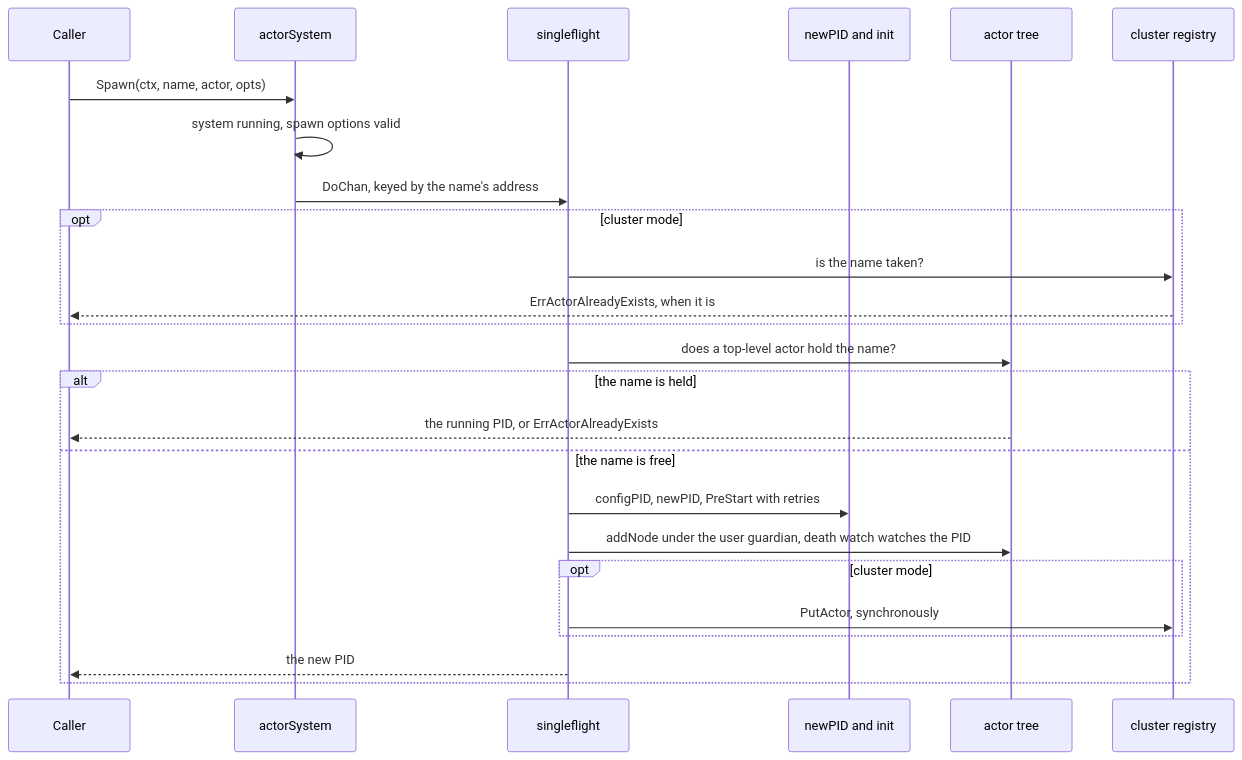
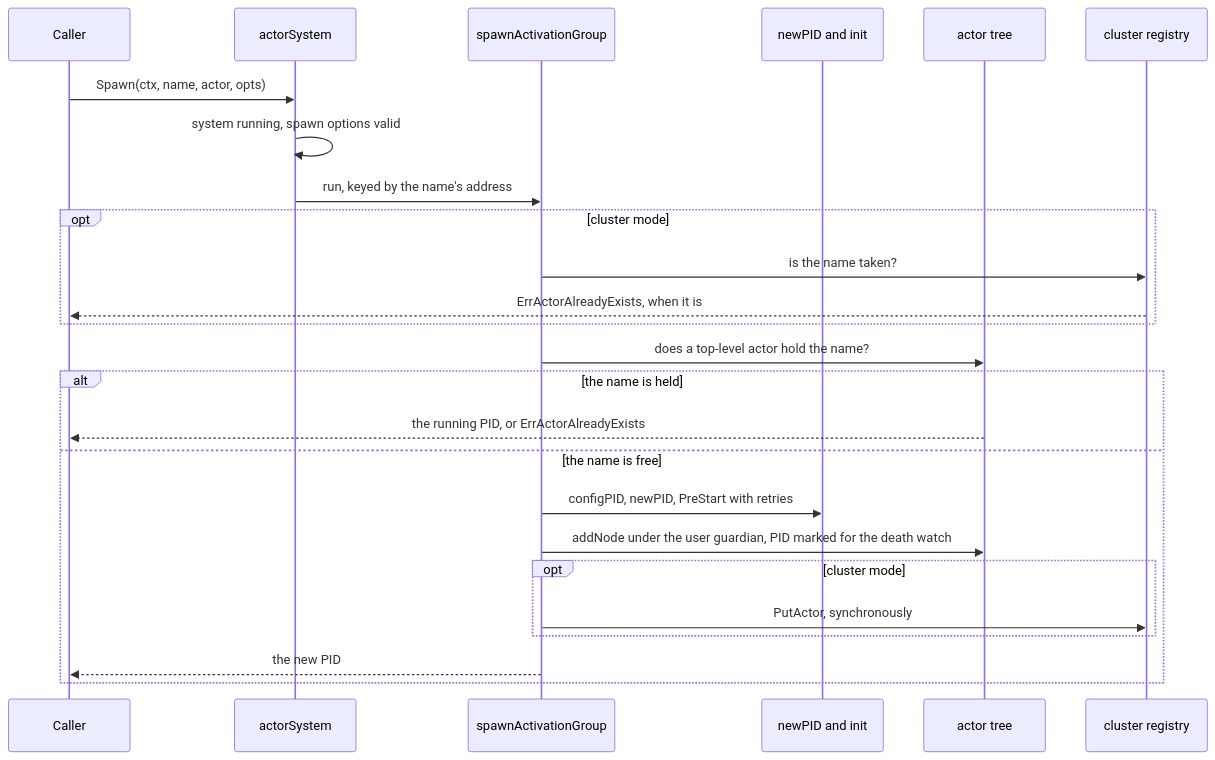
The first of 2 diagrams in book/chapters/chap-04.md (Tochemey/goakt), drawn with Mermaid before and after one commit. The commit also changed other lines of this file and 66 other files, not shown here.

````diff
--- a/book/chapters/chap-04.md
+++ b/book/chapters/chap-04.md
@@ -50,27 +50,27 @@
 ```mermaid
 sequenceDiagram
     participant C as Caller
     participant S as actorSystem
-    participant F as singleflight
+    participant F as spawnActivationGroup
     participant P as newPID and init
     participant T as actor tree
     participant R as cluster registry
     C->>S: Spawn(ctx, name, actor, opts)
     S->>S: system running, spawn options valid
-    S->>F: DoChan, keyed by the name's address
+    S->>F: run, keyed by the name's address
     opt cluster mode
         F->>R: is the name taken?
         R-->>C: ErrActorAlreadyExists, when it is
     end
     F->>T: does a top-level actor hold the name?
     alt the name is held
         T-->>C: the running PID, or ErrActorAlreadyExists
     else the name is free
         F->>P: configPID, newPID, PreStart with retries
-        F->>T: addNode under the user guardian, death watch watches the PID
+        F->>T: addNode under the user guardian, PID marked for the death watch
         opt cluster mode
             F->>R: PutActor, synchronously
         end
         F-->>C: the new PID
     end
 ```
````
